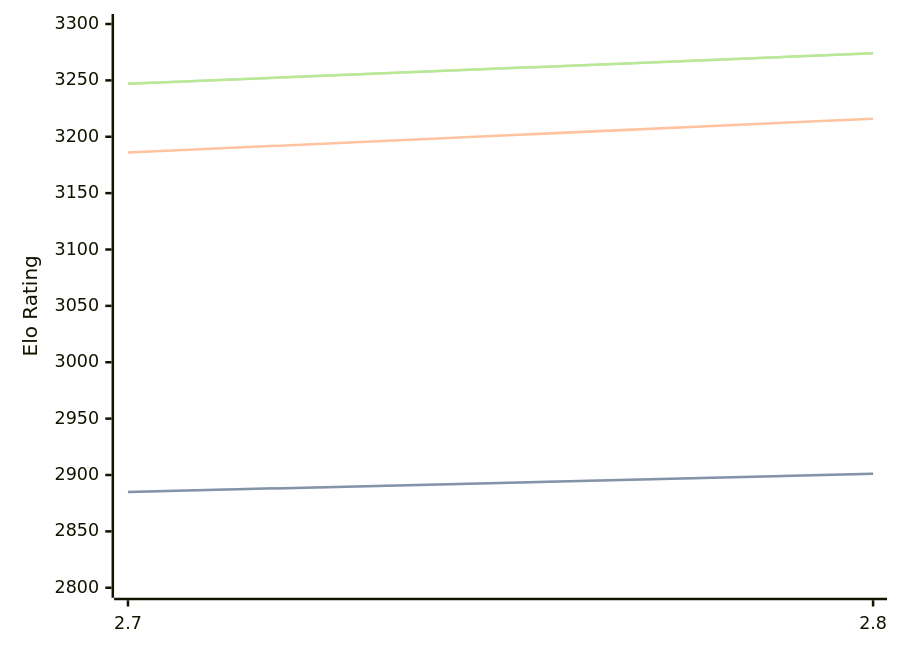
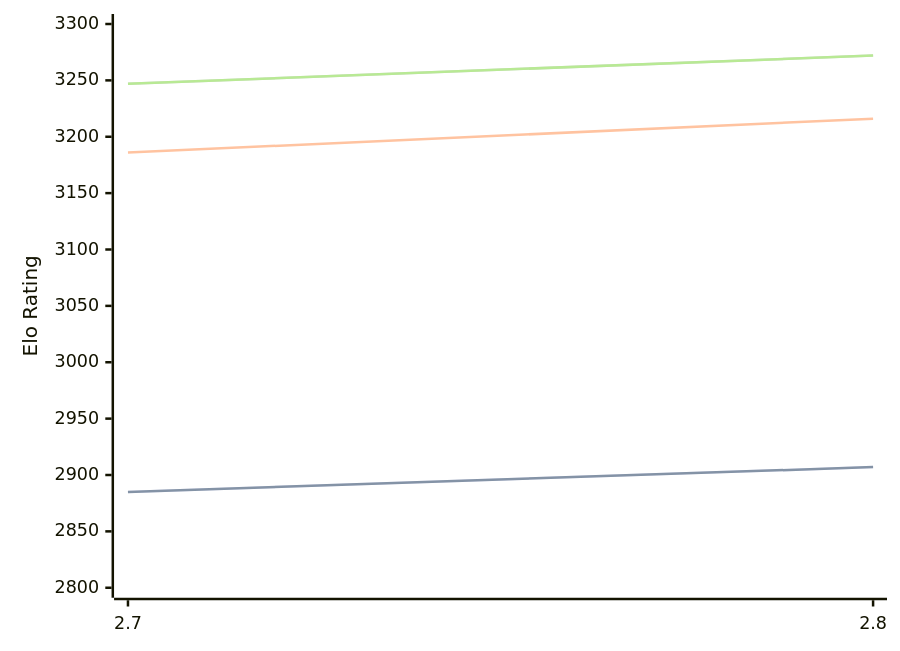
Before and after one commit to computer-chess-index/cci: the first of 3 diagrams in engines/Arcanum.md, drawn with Mermaid. The commit also changed other lines of this file, not shown here.

Commit message:
Update CCI Ratings (ELO VLTC) - 2026-06-19

````diff
--- a/engines/Arcanum.md
+++ b/engines/Arcanum.md
@@ -44,11 +44,11 @@
 ```mermaid
 %%{init: {"theme":"base","themeVariables":{"seriesColors:['#a3a3a3','#222221','#faa371']}}}%%
 xychart-beta
   x-axis ["2.7", "2.8"]
   y-axis "Elo Rating" 2800 --> 3300
-  line "STC (8.0+0.08s)" [2885, 2901]
-  line "STC (8.0+0.08s)" [2885, 2901]
+  line "STC (8.0+0.08s)" [2885, 2907]
+  line "STC (8.0+0.08s)" [2885, 2907]
   line "LTC (60.0+0.60s)" [3186, 3216]
-  line "VLTC (2m24s+1.12s)" [3247, 3274]
-  line "VLTC (2m24s+1.12s)" [3247, 3274]
+  line "VLTC (2m24s+1.12s)" [3247, 3272]
+  line "VLTC (2m24s+1.12s)" [3247, 3272]
 ```
````
